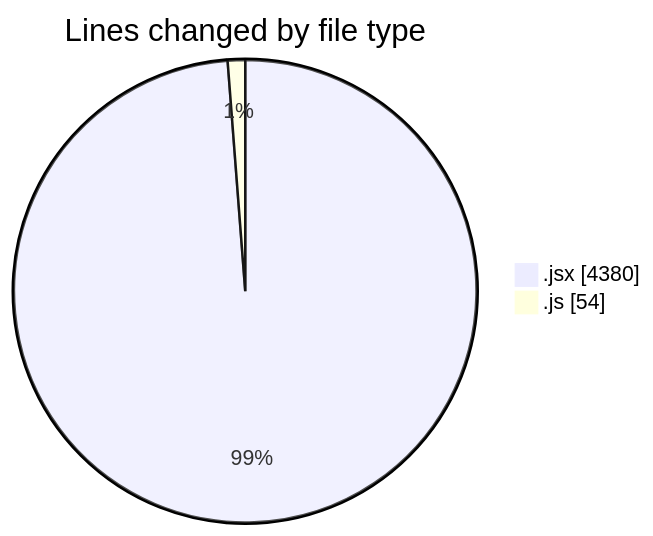
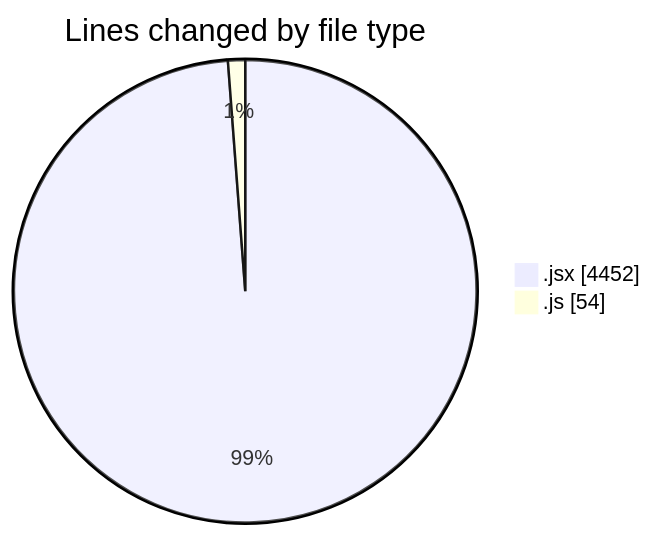
Before and after one commit to nxtqubesakshisongat/code-tracking: the first of 2 diagrams in 2025-06-25/nxtqube_webapp/README.md, drawn with Mermaid. The commit also changed other lines of this file and 1 other file, not shown here.

````diff
--- a/2025-06-25/nxtqube_webapp/README.md
+++ b/2025-06-25/nxtqube_webapp/README.md
@@ -24,6 +24,6 @@
 ```mermaid
 pie showData
 title Lines changed by file type
-".jsx" : 4380
+".jsx" : 4452
 ".js" : 54
 ```
````
